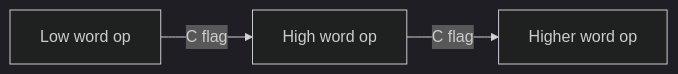
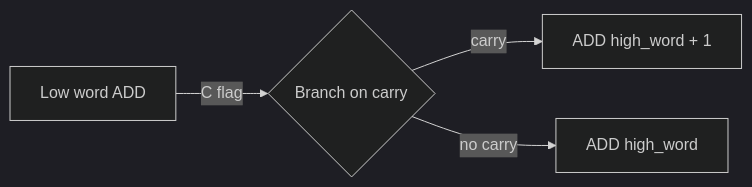
Before and after one commit to MinecAnton209/NovumOS-16bit: diagram 17 of 20 in docs/en/isa/flags-behavior.md, drawn with Mermaid (dark theme). The commit also changed other lines of this file and 20 other files, not shown here.

````diff
--- a/docs/en/isa/flags-behavior.md
+++ b/docs/en/isa/flags-behavior.md
@@ -579,5 +593,6 @@
 ```mermaid
 flowchart LR
-    L["Low word op"] -->|"C flag"| H["High word op"]
-    H -->|"C flag"| HH["Higher word op"]
+    L["Low word ADD"] -->|"C flag"| B{Branch on carry}
+    B -->|"carry"| H["ADD high_word + 1"]
+    B -->|"no carry"| H2["ADD high_word"]
 ```
````
